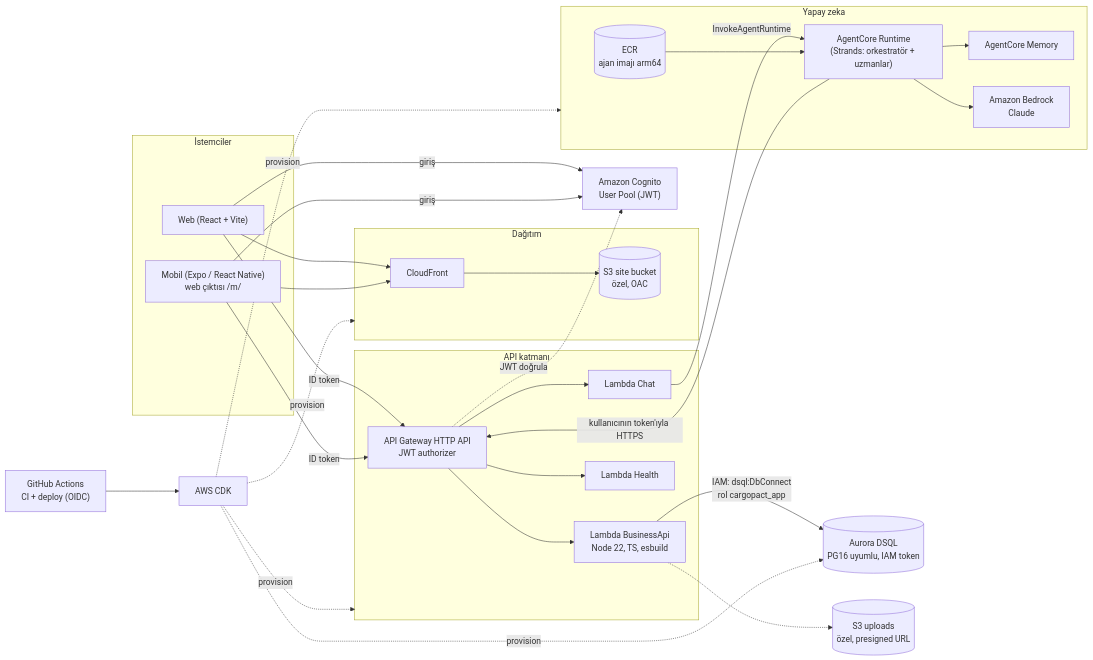
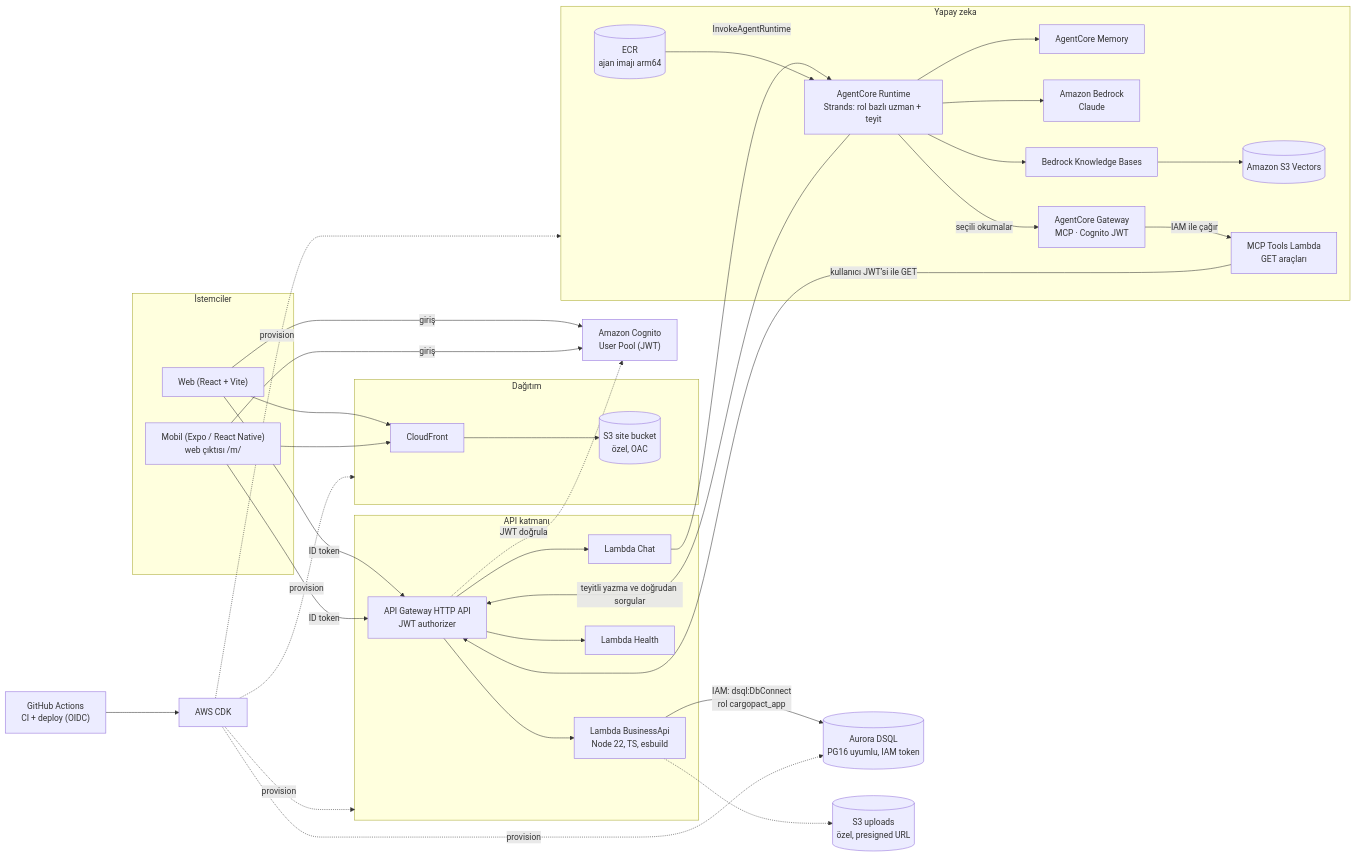
The first of 3 diagrams in docs/ARCHITECTURE.md (enescevik/cargopact), drawn with Mermaid before and after one commit. The commit also changed other lines of this file and 2 other files, not shown here.

````diff
--- a/docs/ARCHITECTURE.md
+++ b/docs/ARCHITECTURE.md
@@ -9,58 +9,67 @@
 ```mermaid
 flowchart LR
   subgraph Clients["İstemciler"]
     WEB["Web (React + Vite)"]
     MOB["Mobil (Expo / React Native)<br/>web çıktısı /m/"]
   end
 
   subgraph Edge["Dağıtım"]
     CF["CloudFront"]
     S3W[("S3 site bucket<br/>özel, OAC")]
   end
 
   COG["Amazon Cognito<br/>User Pool (JWT)"]
 
   subgraph API["API katmanı"]
     APIGW["API Gateway HTTP API<br/>JWT authorizer"]
     BIZ["Lambda BusinessApi<br/>Node 22, TS, esbuild"]
     CHAT["Lambda Chat"]
     HEALTH["Lambda Health"]
   end
 
   DSQL[("Aurora DSQL<br/>PG16 uyumlu, IAM token")]
   UP[("S3 uploads<br/>özel, presigned URL")]
 
   subgraph AI["Yapay zeka"]
-    RT["AgentCore Runtime<br/>(Strands: orkestratör + uzmanlar)"]
+    RT["AgentCore Runtime<br/>Strands: rol bazlı uzman + teyit"]
     MEM["AgentCore Memory"]
     BR["Amazon Bedrock<br/>Claude"]
     ECR[("ECR<br/>ajan imajı arm64")]
+    KB["Bedrock Knowledge Bases"]
+    VEC[("Amazon S3 Vectors")]
+    MCP["AgentCore Gateway<br/>MCP · Cognito JWT"]
+    TOOLS["MCP Tools Lambda<br/>GET araçları"]
   end
 
   GHA["GitHub Actions<br/>CI + deploy (OIDC)"]
   CDK["AWS CDK"]
 
   WEB --> CF
   MOB --> CF
   CF --> S3W
   WEB -- "ID token" --> APIGW
   MOB -- "ID token" --> APIGW
   WEB -- "giriş" --> COG
   MOB -- "giriş" --> COG
   APIGW -. "JWT doğrula" .-> COG
   APIGW --> BIZ
   APIGW --> CHAT
   APIGW --> HEALTH
   BIZ -- "IAM: dsql:DbConnect<br/>rol cargopact_app" --> DSQL
   BIZ -.-> UP
   CHAT -- "InvokeAgentRuntime" --> RT
   RT --> BR
   RT --> MEM
-  RT -- "kullanıcının token'ıyla HTTPS" --> APIGW
+  RT -- "seçili okumalar" --> MCP
+  MCP -- "IAM ile çağır" --> TOOLS
+  TOOLS -- "kullanıcı JWT’si ile GET" --> APIGW
+  RT -- "teyitli yazma ve doğrudan sorgular" --> APIGW
+  RT --> KB
+  KB --> VEC
   ECR --> RT
   GHA --> CDK
   CDK -. "provision" .-> API
   CDK -. "provision" .-> DSQL
   CDK -. "provision" .-> AI
   CDK -. "provision" .-> Edge
 ```
````
